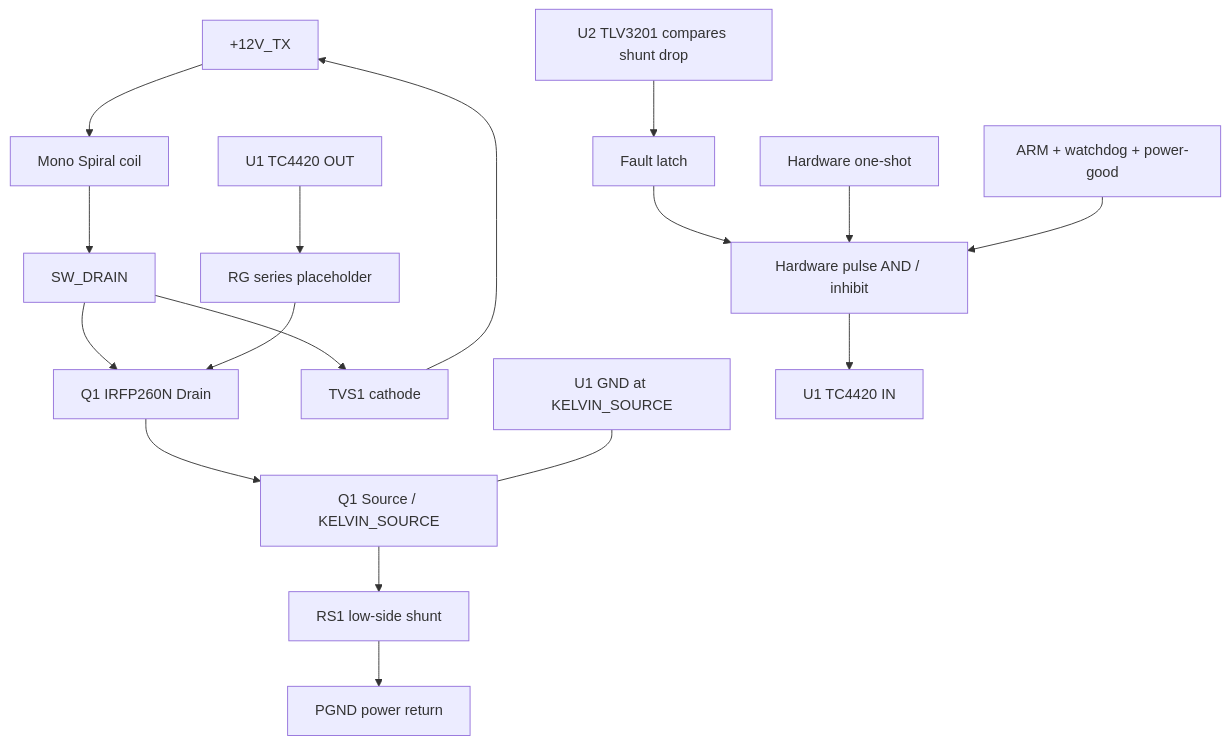
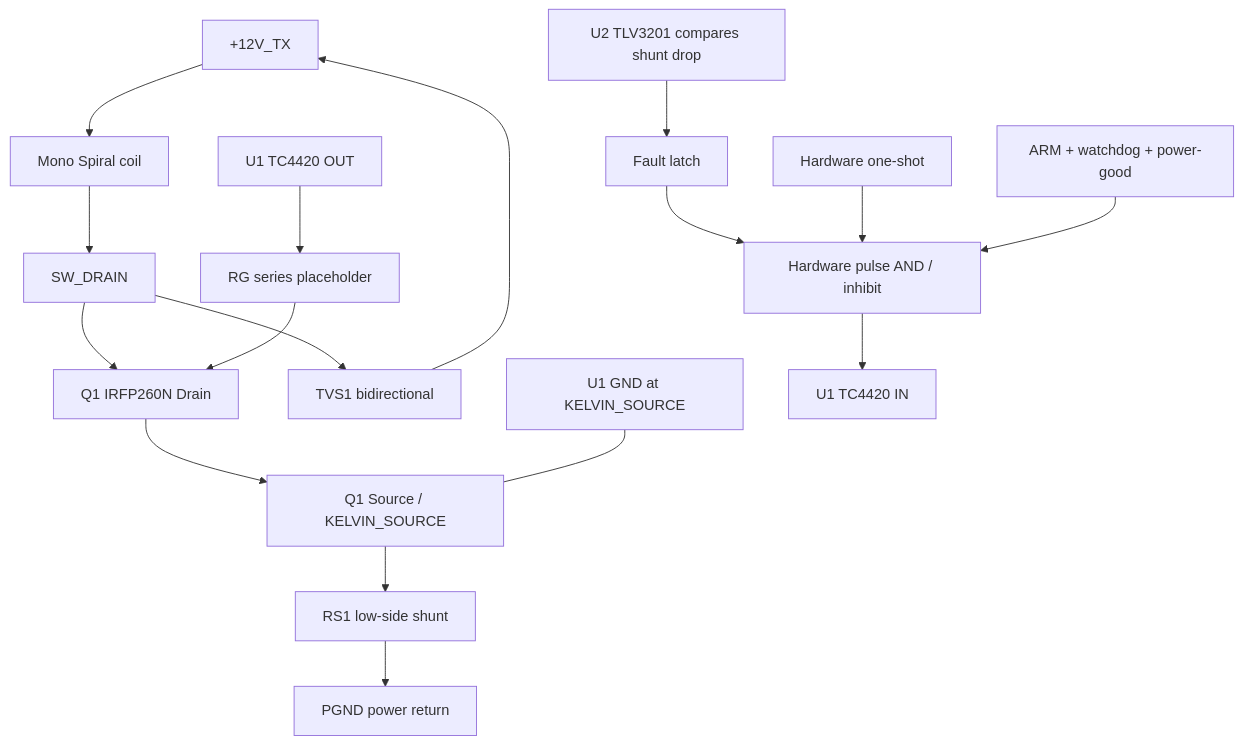
Before and after one commit to Khaledserdani/IslamDetector: the diagram in docs/engineering/REV_A_TX_POWER_STAGE_BLOCK_SCHEMATIC_AR.md, drawn with Mermaid. The commit also changed other lines of this file, not shown here.

Commit message:
Correct TX clamp polarity and require bidirectional TVS or series blocking diode

````diff
--- a/docs/engineering/REV_A_TX_POWER_STAGE_BLOCK_SCHEMATIC_AR.md
+++ b/docs/engineering/REV_A_TX_POWER_STAGE_BLOCK_SCHEMATIC_AR.md
@@ -23,20 +23,20 @@
 ```mermaid
 flowchart TD
     V[+12V_TX] --> L[Mono Spiral coil]
     L --> D[SW_DRAIN]
     D --> Q[Q1 IRFP260N Drain]
     Q --> S[Q1 Source / KELVIN_SOURCE]
     S --> RS[RS1 low-side shunt]
     RS --> G[PGND power return]
-    D --> TVS[TVS1 cathode]
+    D --> TVS[TVS1 bidirectional]
     TVS --> V
     QG[U1 TC4420 OUT] --> RG[RG series placeholder]
     RG --> Q
     QGND[U1 GND at KELVIN_SOURCE]
     QGND --- S
     C[U2 TLV3201 compares shunt drop] --> F[Fault latch]
     F --> EN[Hardware pulse AND / inhibit]
     O[Hardware one-shot] --> EN
     A[ARM + watchdog + power-good] --> EN
     EN --> IN[U1 TC4420 IN]
 ```
````
